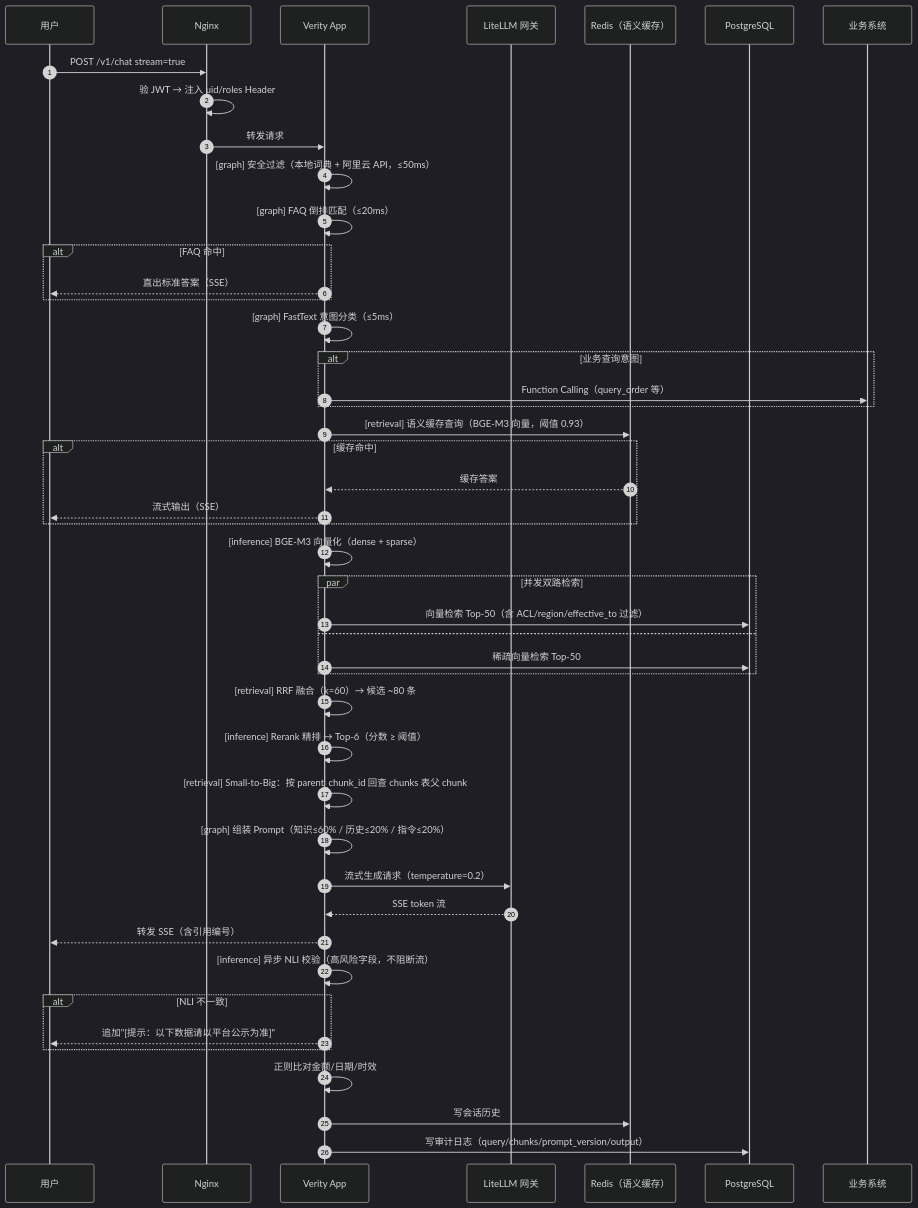
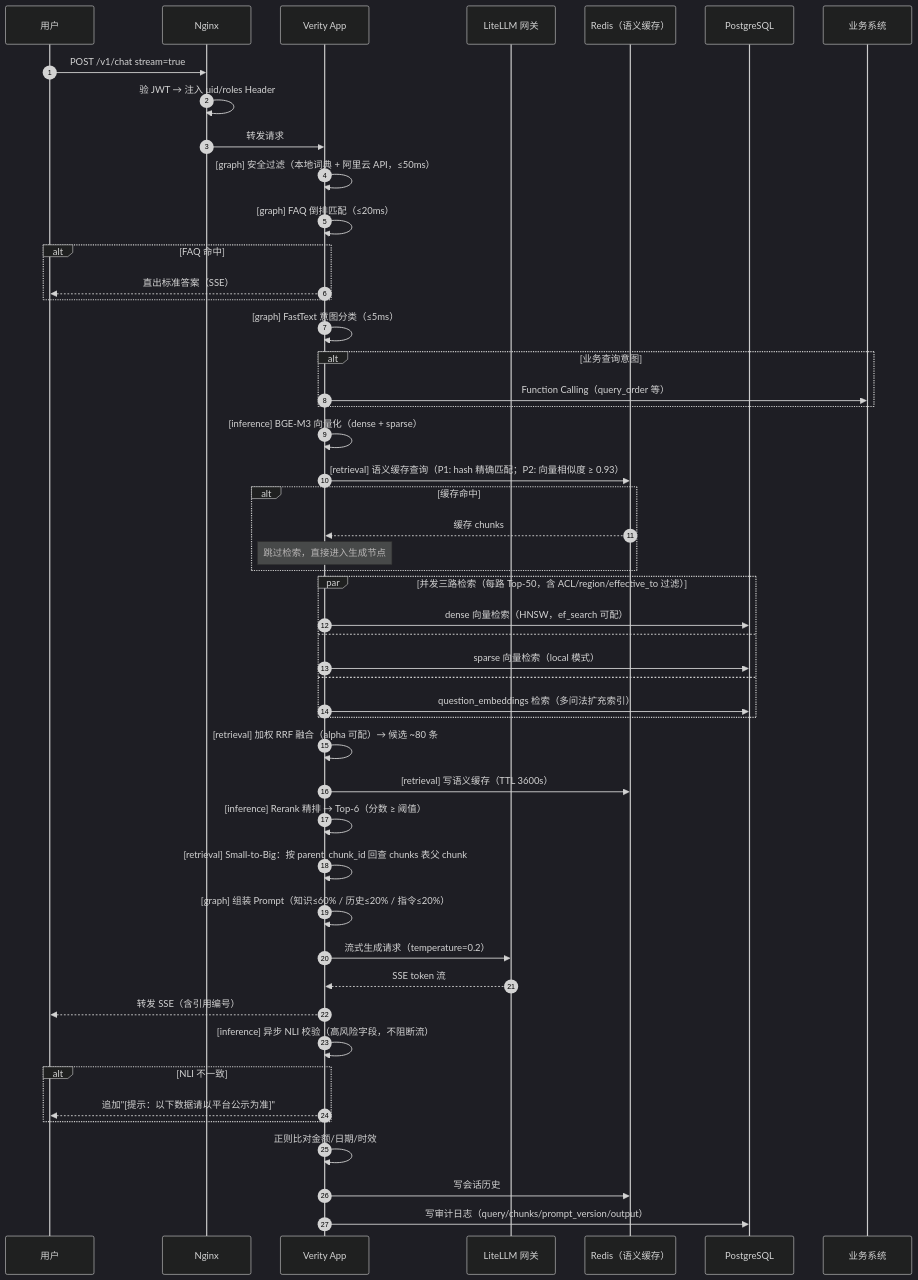
Before and after one commit to meteorion/verity: the third of 8 diagrams in doc/arch.md, drawn with Mermaid (dark theme). The commit also changed other lines of this file, not shown here.

First line of the commit message:
docs: 更新 arch.md 检索时序图和伪代码

````diff
--- a/doc/arch.md
+++ b/doc/arch.md
@@ -183,55 +183,58 @@
 ```mermaid
 sequenceDiagram
     autonumber
     participant U  as 用户
     participant GW as Nginx
     participant A  as Verity App
     participant LG as LiteLLM 网关
     participant RC as Redis（语义缓存）
     participant PG as PostgreSQL
 
     U  ->> GW : POST /v1/chat  stream=true
     GW ->> GW : 验 JWT → 注入 uid/roles Header
     GW ->> A  : 转发请求
 
     A  ->> A  : [graph] 安全过滤（本地词典 + 阿里云 API，≤50ms）
     A  ->> A  : [graph] FAQ 倒排匹配（≤20ms）
     alt FAQ 命中
         A -->> U : 直出标准答案（SSE）
     end
 
     A  ->> A  : [graph] FastText 意图分类（≤5ms）
     alt 业务查询意图
         A  ->> 业务系统 : Function Calling（query_order 等）
     end
 
-    A  ->> RC : [retrieval] 语义缓存查询（BGE-M3 向量，阈值 0.93）
+    A  ->> A  : [inference] BGE-M3 向量化（dense + sparse）
+    A  ->> RC : [retrieval] 语义缓存查询（P1: hash 精确匹配；P2: 向量相似度 ≥ 0.93）
     alt 缓存命中
-        RC -->> A : 缓存答案
-        A  -->> U : 流式输出（SSE）
+        RC -->> A : 缓存 chunks
+        note over A : 跳过检索，直接进入生成节点
     end
 
-    A  ->> A  : [inference] BGE-M3 向量化（dense + sparse）
-    par 并发双路检索
-        A  ->> PG : 向量检索 Top-50（含 ACL/region/effective_to 过滤）
+    par 并发三路检索（每路 Top-50，含 ACL/region/effective_to 过滤）
+        A  ->> PG : dense 向量检索（HNSW，ef_search 可配）
     and
-        A  ->> PG : 稀疏向量检索 Top-50
+        A  ->> PG : sparse 向量检索（local 模式）
+    and
+        A  ->> PG : question_embeddings 检索（多问法扩充索引）
     end
-    A  ->> A  : [retrieval] RRF 融合（k=60）→ 候选 ~80 条
+    A  ->> A  : [retrieval] 加权 RRF 融合（alpha 可配）→ 候选 ~80 条
+    A  ->> RC : [retrieval] 写语义缓存（TTL 3600s）
     A  ->> A  : [inference] Rerank 精排 → Top-6（分数 ≥ 阈值）
     A  ->> A  : [retrieval] Small-to-Big：按 parent_chunk_id 回查 chunks 表父 chunk
 
     A  ->> A  : [graph] 组装 Prompt（知识≤60% / 历史≤20% / 指令≤20%）
     A  ->> LG : 流式生成请求（temperature=0.2）
     LG -->> A : SSE token 流
     A  -->> U : 转发 SSE（含引用编号）
 
     A  ->> A  : [inference] 异步 NLI 校验（高风险字段，不阻断流）
     alt NLI 不一致
         A  -->> U : 追加"[提示：以下数据请以平台公示为准]"
     end
 
     A  ->> A  : 正则比对金额/日期/时效
     A  ->> RC : 写会话历史
     A  ->> PG : 写审计日志（query/chunks/prompt_version/output）
 ```
````
